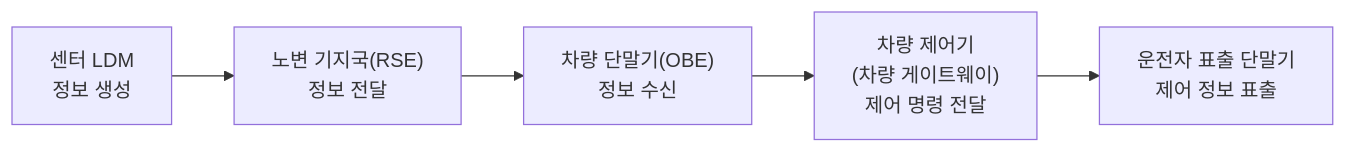
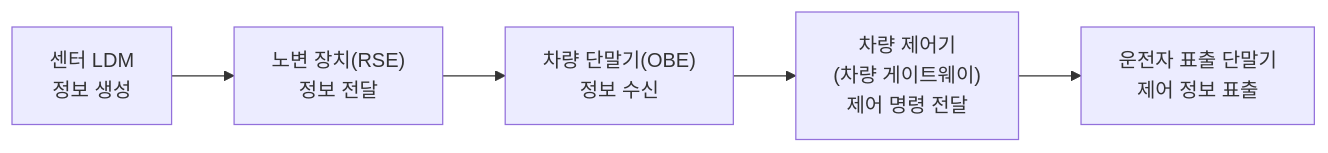
The sixth of 6 diagrams in Lecture-Notes/Week12_Connected-Automated-Driving-by-Country/Concepts_Lecture.ko.md (Choroning/25Spring_Networking-and-Communication-Systems), drawn with Mermaid before and after one commit. The commit also changed other lines of this file and 55 other files, not shown here.

````diff
--- a/Lecture-Notes/Week12_Connected-Automated-Driving-by-Country/Concepts_Lecture.ko.md
+++ b/Lecture-Notes/Week12_Connected-Automated-Driving-by-Country/Concepts_Lecture.ko.md
@@ -1264,7 +1264,7 @@
 ```mermaid
 flowchart LR
-    C["센터 LDM<br/>정보 생성"] --> R["노변 기지국(RSE)<br/>정보 전달"]
+    C["센터 LDM<br/>정보 생성"] --> R["노변 장치(RSE)<br/>정보 전달"]
     R --> O["차량 단말기(OBE)<br/>정보 수신"]
     O --> G["차량 제어기<br/>(차량 게이트웨이)<br/>제어 명령 전달"]
     G --> H["운전자 표출 단말기<br/>제어 정보 표출"]
 ```
````
